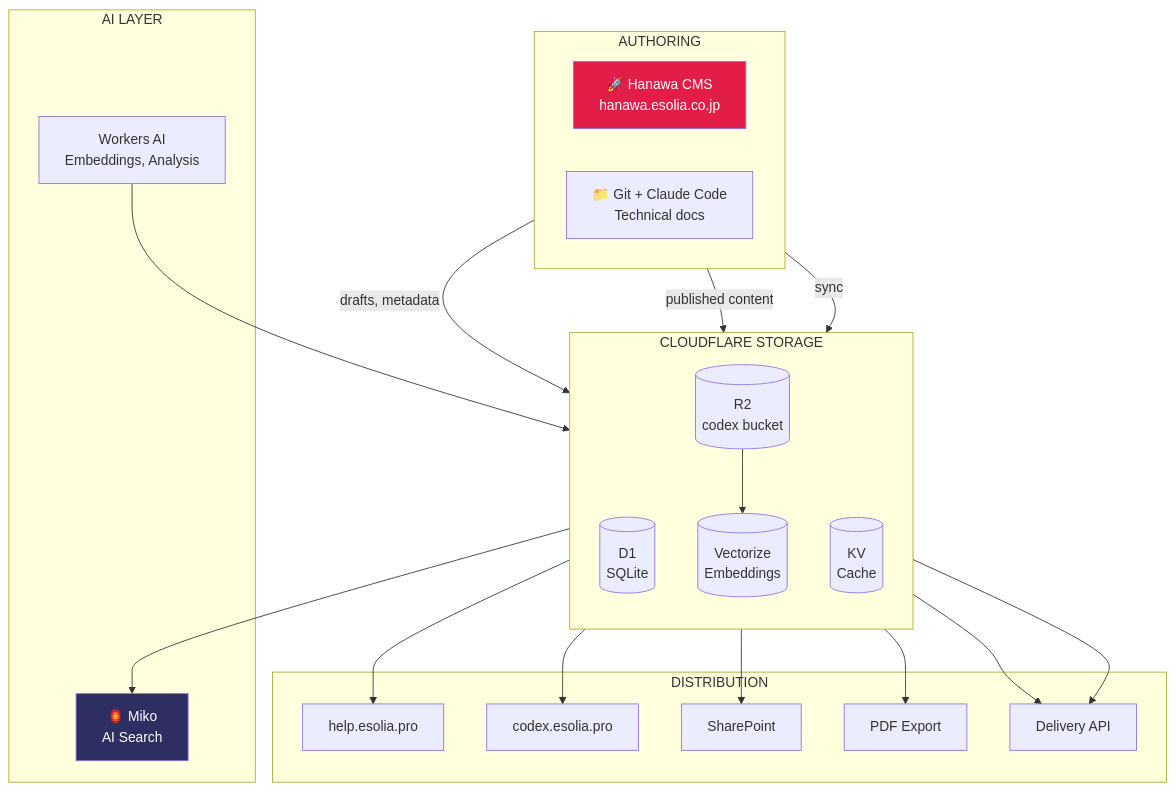
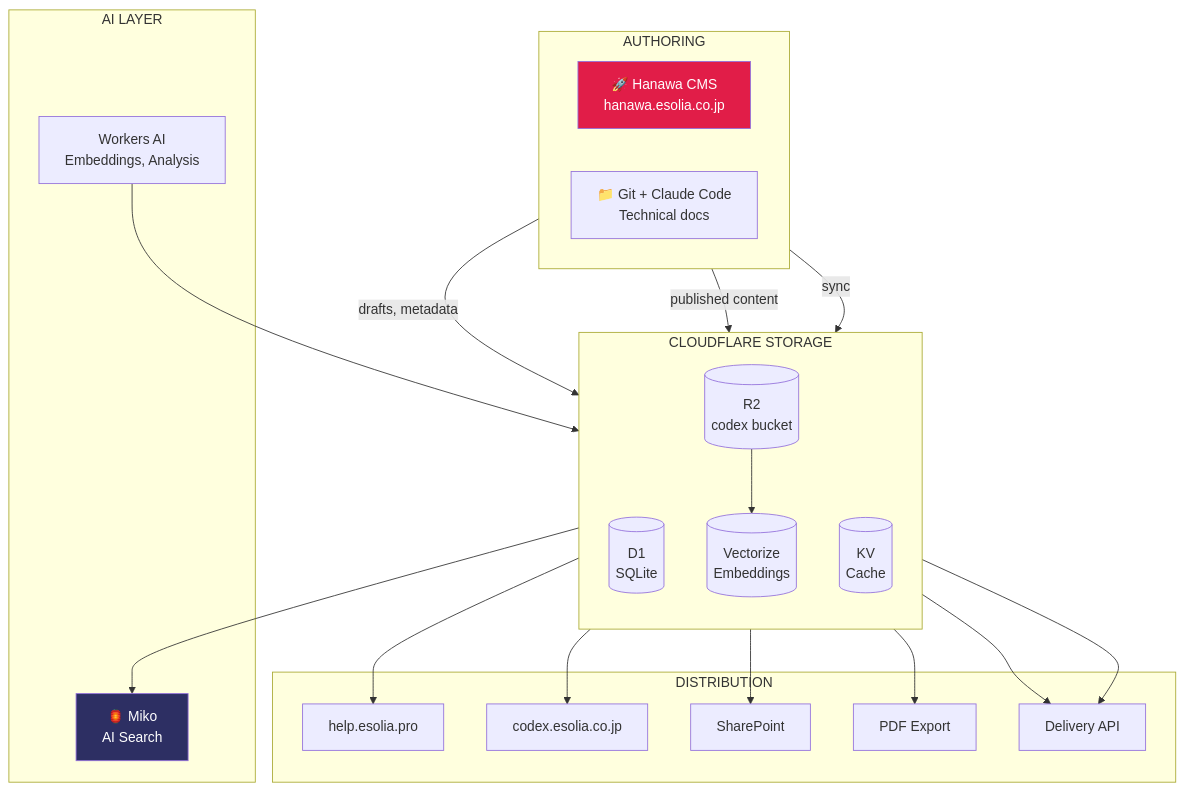
The first of 8 diagrams in docs/ARCHITECTURE.md (eSolia/codex), drawn with Mermaid before and after one commit. The commit also changed 10 other files, not shown here.

````diff
--- a/docs/ARCHITECTURE.md
+++ b/docs/ARCHITECTURE.md
@@ -12,47 +12,47 @@
 ```mermaid
 flowchart TB
     subgraph Authors["AUTHORING"]
         direction LR
         H["🚀 Hanawa CMS<br/>hanawa.esolia.co.jp"]
         GIT["📁 Git + Claude Code<br/>Technical docs"]
     end
 
     subgraph Storage["CLOUDFLARE STORAGE"]
         direction TB
         D1[("D1<br/>SQLite")]
         R2[("R2<br/>codex bucket")]
         VEC[("Vectorize<br/>Embeddings")]
         KV[("KV<br/>Cache")]
     end
 
     subgraph AI["AI LAYER"]
         WAI["Workers AI<br/>Embeddings, Analysis"]
         MIKO["🏮 Miko<br/>AI Search"]
     end
 
     subgraph Consumers["DISTRIBUTION"]
         HELP["help.esolia.pro"]
-        CODEX["codex.esolia.pro"]
+        CODEX["codex.esolia.co.jp"]
         SP["SharePoint"]
         PDF["PDF Export"]
         API["Delivery API"]
     end
 
     H -->|drafts, metadata| D1
     H -->|published content| R2
     GIT -->|sync| R2
 
     R2 --> VEC
     WAI --> VEC
     VEC --> MIKO
 
     R2 --> HELP
     R2 --> CODEX
     R2 --> SP
     R2 --> PDF
     D1 --> API
     KV --> API
 
     style H fill:#e11d48,color:#fff
     style MIKO fill:#2d2f63,color:#fff
 ```
````
